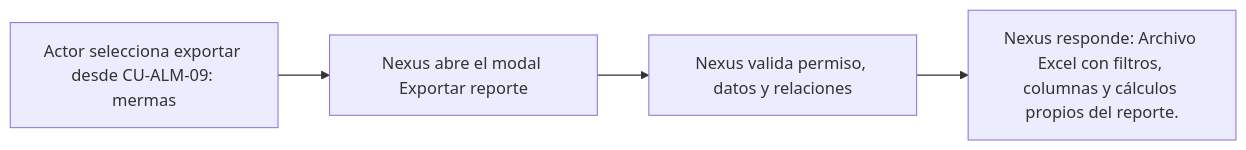
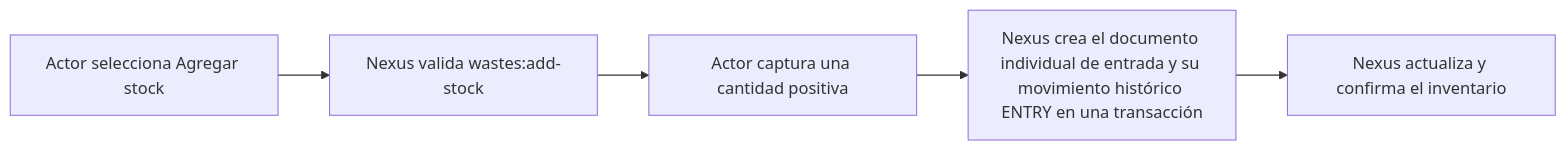
Before and after one commit to gpgsistemas01/nexus: the diagram in docs/requirements/diagrams/catalogs/cu-alm-13.md, drawn with Mermaid. The commit also changed other lines of this file and 51 other files, not shown here.

````diff
--- a/docs/requirements/diagrams/catalogs/cu-alm-13.md
+++ b/docs/requirements/diagrams/catalogs/cu-alm-13.md
@@ -3,7 +3,7 @@
 ```mermaid
 flowchart LR
-    accTitle: CU-ALM-13 — Generar reporte de mermas
-    request["Actor selecciona exportar desde CU-ALM-09: mermas"] --> modal["Nexus abre el modal Exportar reporte"]
-    modal --> validate["Nexus valida permiso, datos y relaciones"]
-    validate --> result["Nexus responde: Archivo Excel con filtros, columnas y cálculos propios del reporte."]
+    request["Actor selecciona Agregar stock"] --> authorize["Nexus valida wastes:add-stock"]
+    authorize --> quantity["Actor captura una cantidad positiva"]
+    quantity --> transaction["Nexus crea el documento individual de entrada y su movimiento histórico ENTRY en una transacción"]
+    transaction --> result["Nexus actualiza y confirma el inventario"]
 ```
````
